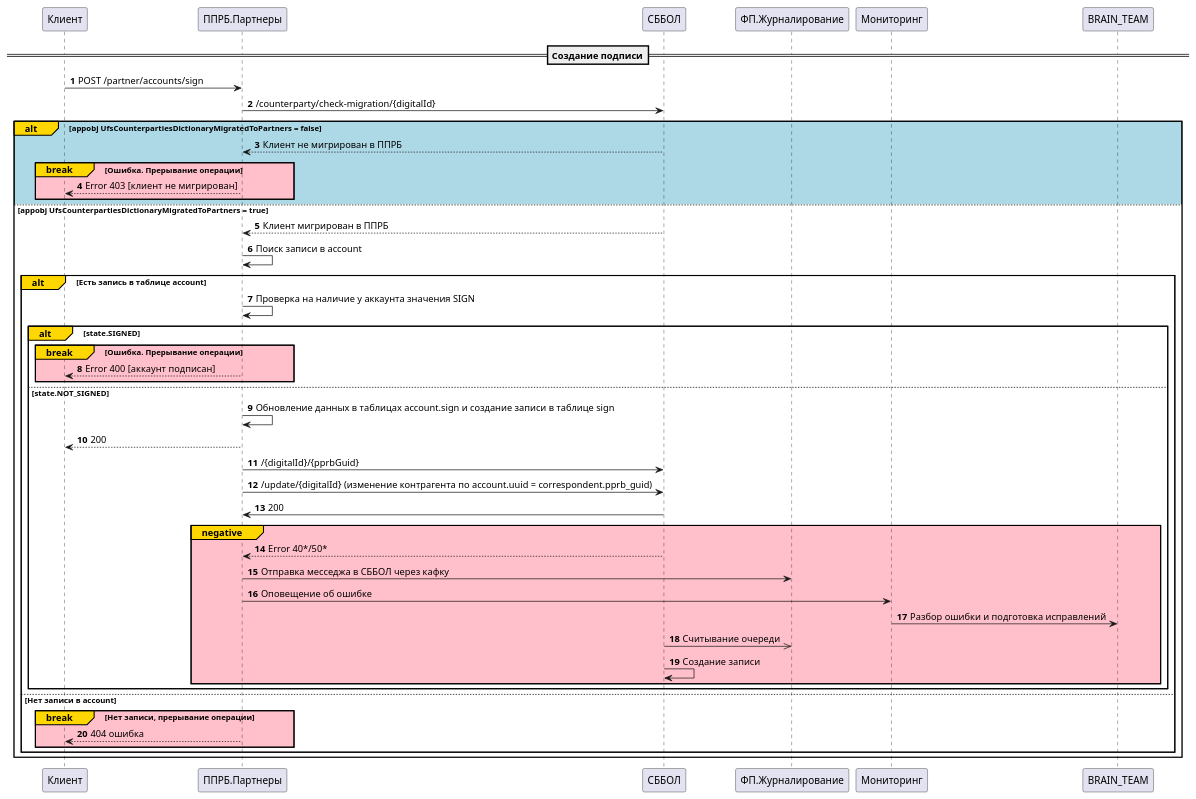
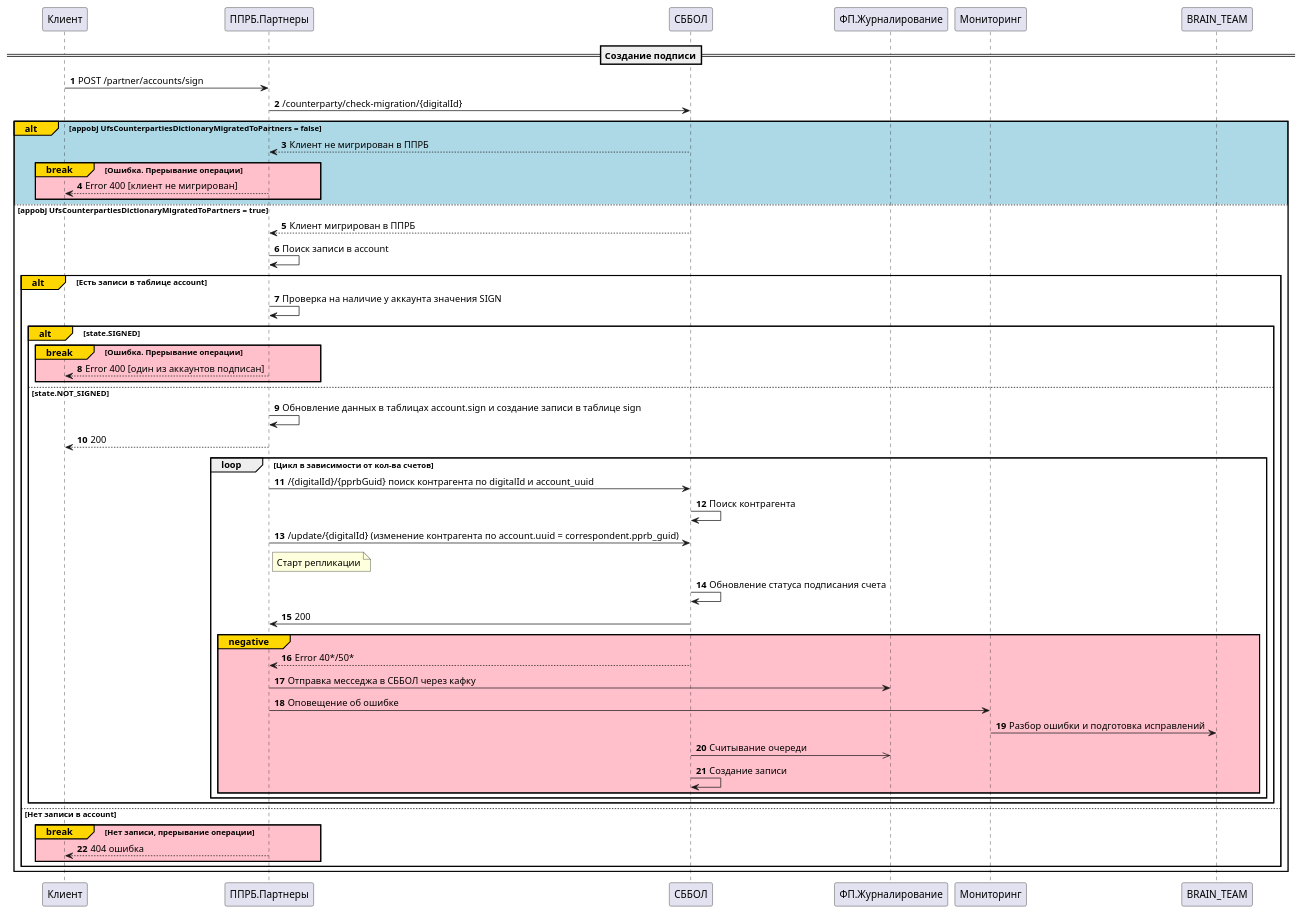
The diagram in docs/diagrams/replication/Iteration 1/siqn_account.puml (SSV4791/sbbol-partners), drawn with PlantUML before and after one commit. The commit also changed 294 other files, not shown here.

```diff
--- a/docs/diagrams/replication/Iteration 1/siqn_account.puml
+++ b/docs/diagrams/replication/Iteration 1/siqn_account.puml
@@ -1,42 +1,49 @@
 @startuml
 'https://plantuml.com/sequence-diagram
 autonumber
 ==Создание подписи==
 Клиент -> ППРБ.Партнеры: POST /partner/accounts/sign
 ППРБ.Партнеры -> СББОЛ: /counterparty/check-migration/{digitalId}
 alt#Gold #lightblue appobj UfsCounterpartiesDictionaryMigratedToPartners = false
 СББОЛ --> ППРБ.Партнеры: Клиент не мигрирован в ППРБ
 break#Gold #Pink Ошибка. Прерывание операции
-ППРБ.Партнеры --> Клиент: Error 403 [клиент не мигрирован]
+ППРБ.Партнеры --> Клиент: Error 400 [клиент не мигрирован]
 end
 else #white appobj UfsCounterpartiesDictionaryMigratedToPartners = true
 СББОЛ --> ППРБ.Партнеры: Клиент мигрирован в ППРБ
 ППРБ.Партнеры -> ППРБ.Партнеры: Поиск записи в account
-alt#gold Есть запись в таблице account
+alt#gold Есть записи в таблице account
 ППРБ.Партнеры -> ППРБ.Партнеры: Проверка на наличие у аккаунта значения SIGN
 alt#gold state.SIGNED
 break#Gold #Pink Ошибка. Прерывание операции
-ППРБ.Партнеры --> Клиент: Error 400 [аккаунт подписан]
+ППРБ.Партнеры --> Клиент: Error 400 [один из аккаунтов подписан]
 end
 Else state.NOT_SIGNED
 ППРБ.Партнеры -> ППРБ.Партнеры: Обновление данных в таблицах account.sign и создание записи в таблице sign
 ППРБ.Партнеры --> Клиент: 200
-ППРБ.Партнеры -> СББОЛ: /{digitalId}/{pprbGuid}
+loop Цикл в зависимости от кол-ва счетов
+ППРБ.Партнеры -> СББОЛ: /{digitalId}/{pprbGuid} поиск контрагента по digitalId и account_uuid
+СББОЛ -> СББОЛ: Поиск контрагента
 ППРБ.Партнеры -> СББОЛ: /update/{digitalId} (изменение контрагента по account.uuid = correspondent.pprb_guid)
+note right of ППРБ.Партнеры
+Старт репликации
+end note
+СББОЛ -> СББОЛ: Обновление статуса подписания счета
 СББОЛ -> ППРБ.Партнеры: 200
 group#Gold #pink negative
 СББОЛ --> ППРБ.Партнеры: Error 40*/50*
 ППРБ.Партнеры -> ФП.Журналирование: Отправка месседжа в СББОЛ через кафку
 ППРБ.Партнеры -> Мониторинг: Оповещение об ошибке
 Мониторинг -> BRAIN_TEAM: Разбор ошибки и подготовка исправлений
 СББОЛ ->> ФП.Журналирование: Считывание очереди
 СББОЛ -> СББОЛ: Создание записи
 end
 end
+end
 else Нет записи в account
 break#Gold #pink Нет записи, прерывание операции
 ППРБ.Партнеры --> Клиент: 404 ошибка
 end
 end
 end
 @enduml
```
